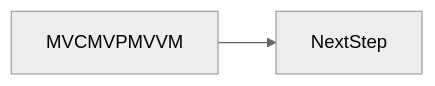
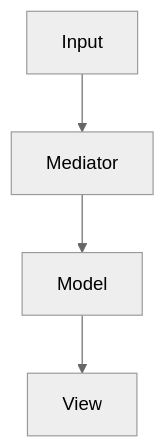
One commit to OmidJavaherii/Frontend-Engineering-Handbook changed the second of 3 diagrams in docs/en/22-design-patterns/mvc-mvp-mvvm/index.md. Above: the diagram before and after it, drawn with Mermaid (neutral theme). The commit also changed other lines of this file and 461 other files, not shown here.

````diff
--- a/docs/en/22-design-patterns/mvc-mvp-mvvm/index.md
+++ b/docs/en/22-design-patterns/mvc-mvp-mvvm/index.md
@@ -94,4 +126,6 @@
 ```mermaid
-flowchart LR
-  concept[MVCMVPMVVM] --> nextStep[NextStep]
+flowchart TD
+  n0[Input] --> n1[Mediator]
+  n1[Mediator] --> n2[Model]
+  n2[Model] --> n3[View]
 ```
````
